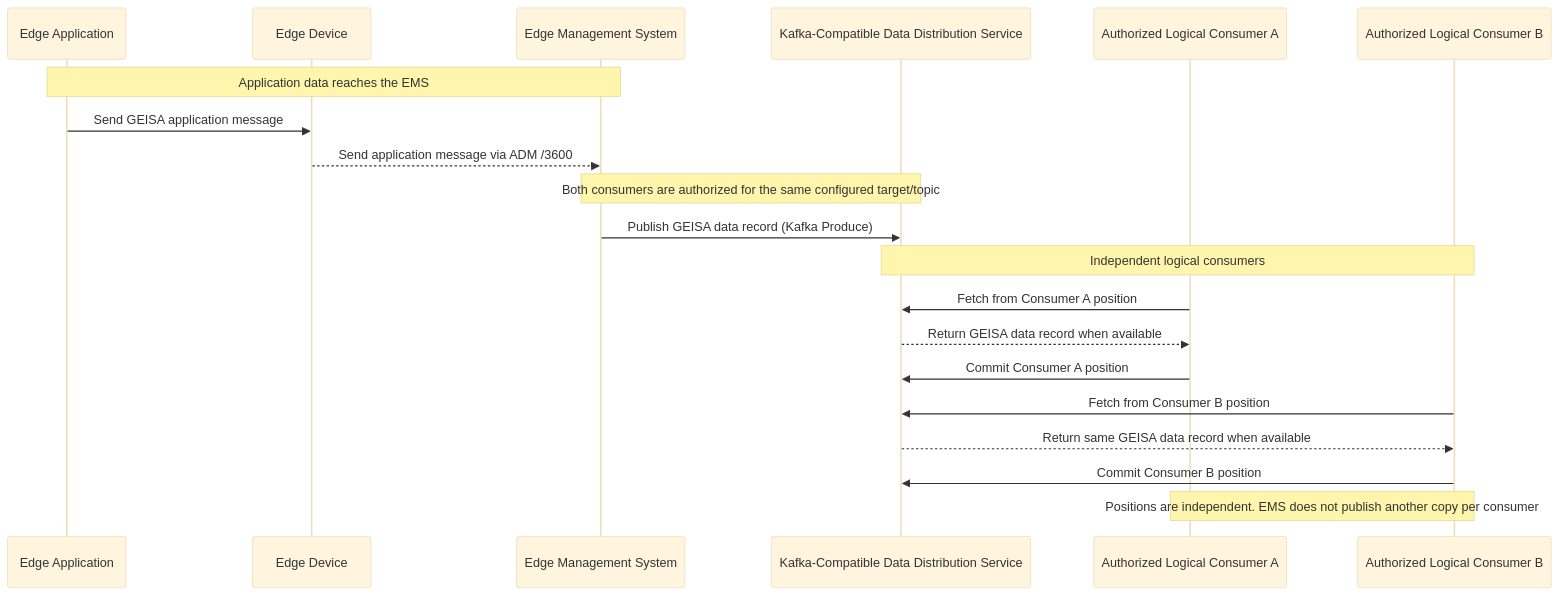
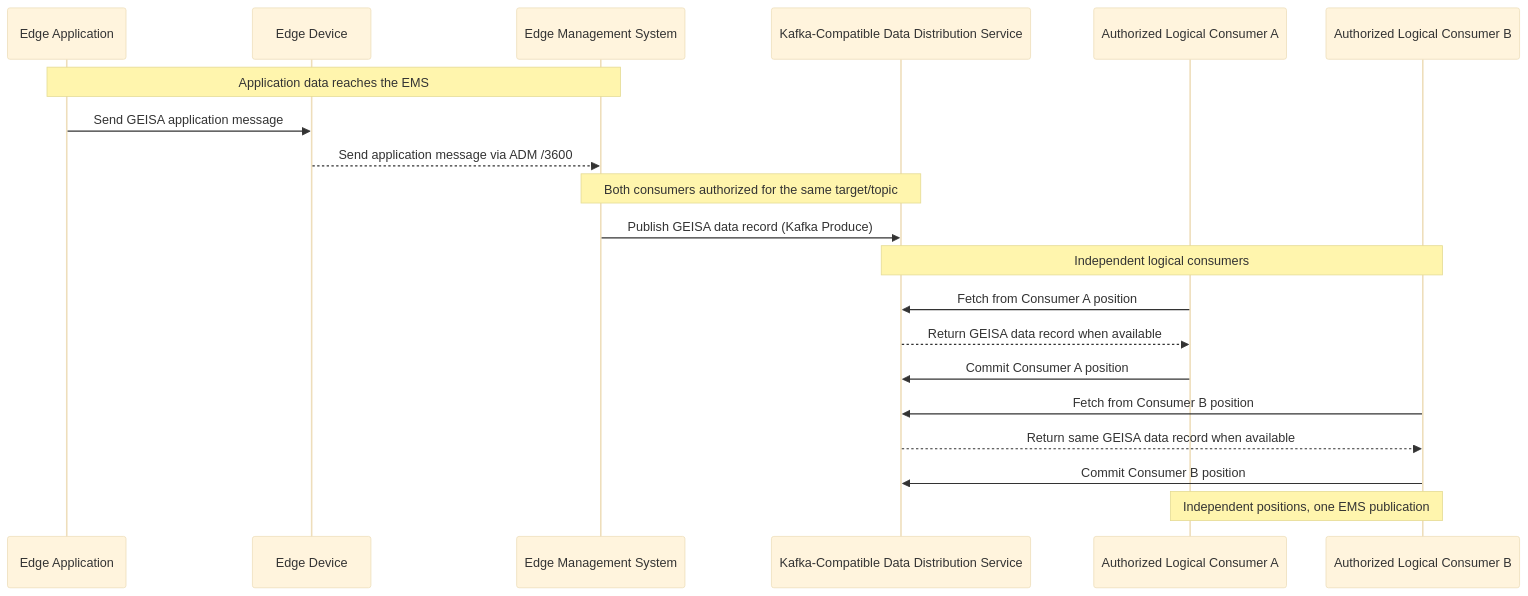
Before and after one commit to geisa/specification: the diagram in source/adm/data-distribution-multiple-consumers.mermaid, drawn with Mermaid (base theme). The commit also changed 5 other files, not shown here.

```diff
--- a/source/adm/data-distribution-multiple-consumers.mermaid
+++ b/source/adm/data-distribution-multiple-consumers.mermaid
@@ -1,25 +1,25 @@
 sequenceDiagram
 participant A as Edge Application
 participant D as Edge Device
 participant E as Edge Management System
 participant K as Kafka-Compatible Data Distribution Service
 participant U as Authorized Logical Consumer A
 participant V as Authorized Logical Consumer B
 
 Note over A,E: Application data reaches the EMS
 A->>D: Send GEISA application message
 D-->>E: Send application message via ADM /3600
 
-Note over E,K: Both consumers are authorized for the same configured target/topic
+Note over E,K: Both consumers authorized for the same target/topic
 E->>K: Publish GEISA data record (Kafka Produce)
 
 Note over K,V: Independent logical consumers
 U->>K: Fetch from Consumer A position
 K-->>U: Return GEISA data record when available
 U->>K: Commit Consumer A position
 
 V->>K: Fetch from Consumer B position
 K-->>V: Return same GEISA data record when available
 V->>K: Commit Consumer B position
 
-Note over U,V: Positions are independent. EMS does not publish another copy per consumer
+Note over U,V: Independent positions, one EMS publication
```
